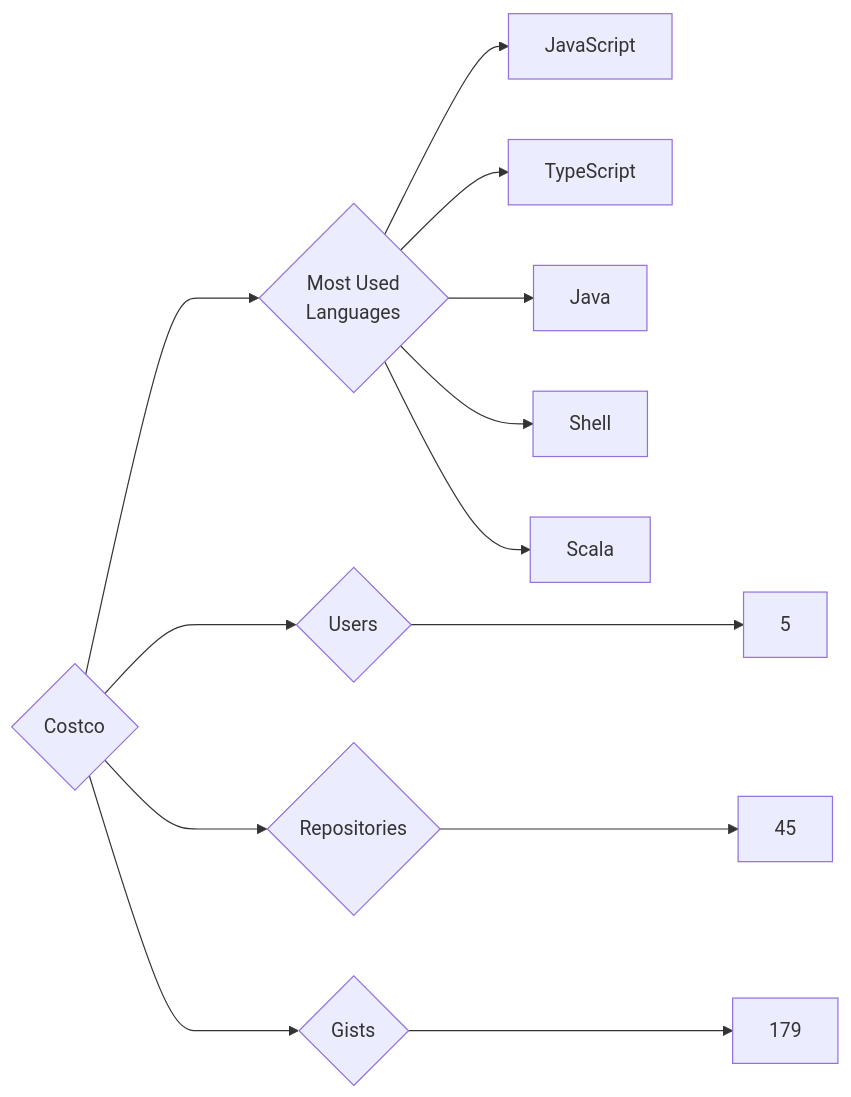
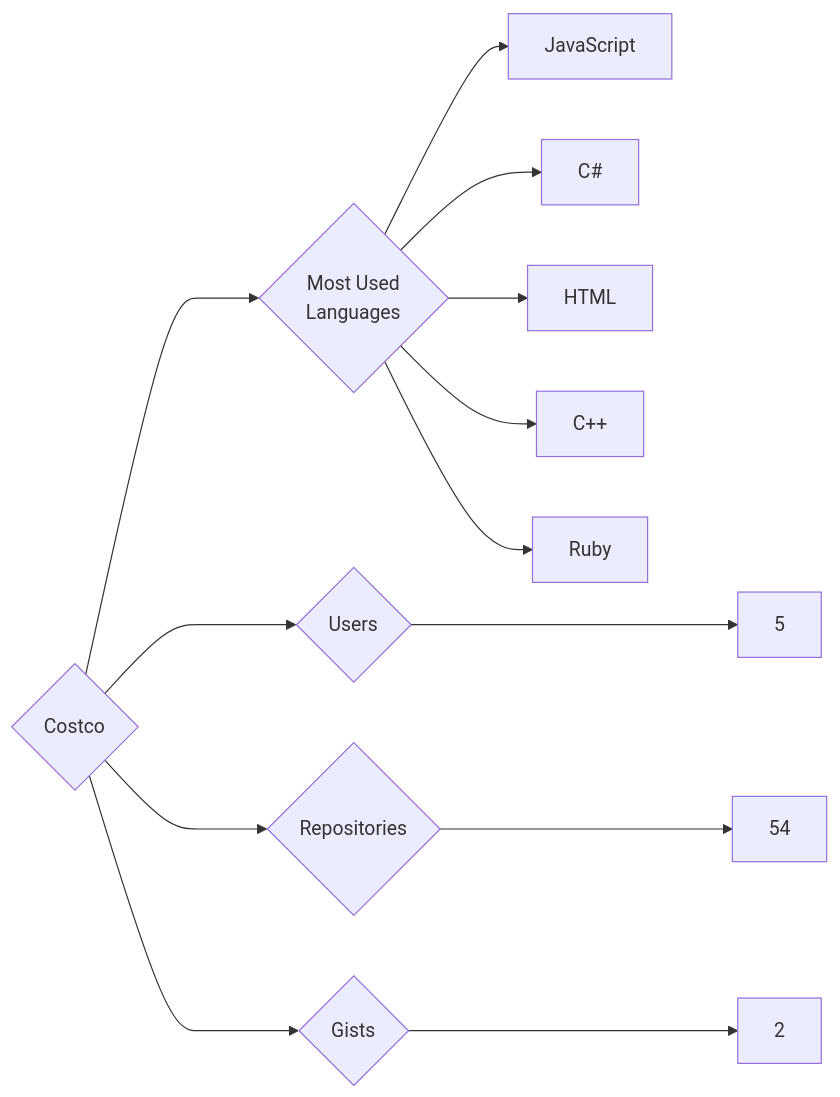
Before and after one commit to trickest/insiders: the diagram in targets/Costco/README.md, drawn with Mermaid. The commit also changed 1092 other files, not shown here.

````diff
--- a/targets/Costco/README.md
+++ b/targets/Costco/README.md
@@ -3,13 +3,13 @@
 ```mermaid
 graph LR
 COMPANY_NAME{Costco}
 COMPANY_NAME ---> U{Users} ---> UN[5]
-COMPANY_NAME ---> R{Repositories} ---> RN[45]
-COMPANY_NAME ---> G{Gists} ---> GN[179]
+COMPANY_NAME ---> R{Repositories} ---> RN[54]
+COMPANY_NAME ---> G{Gists} ---> GN[2]
 COMPANY_NAME ---> ML{Most Used<br>Languages}
 ML --> JavaScript[JavaScript]
-ML --> TypeScript[TypeScript]
-ML --> Java[Java]
-ML --> Shell[Shell]
-ML --> Scala[Scala]
+ML --> C#[C#]
+ML --> HTML[HTML]
+ML --> C++[C++]
+ML --> Ruby[Ruby]
 ```
````
